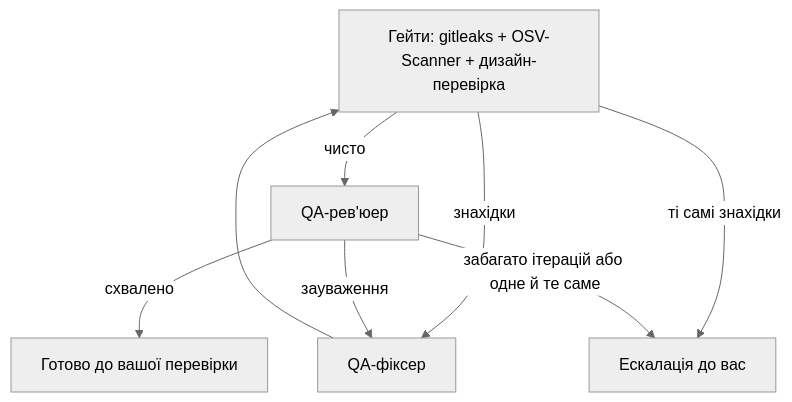
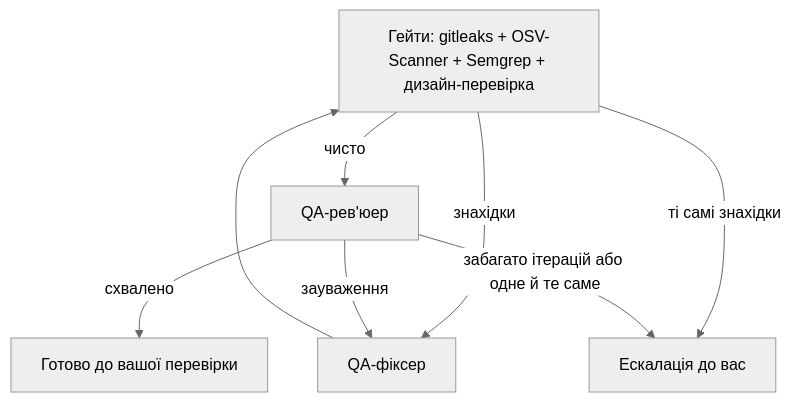
The diagram in apps/desktop/src/renderer/docs/uk/03-pipeline.md (KolyaSotnichenko/vibe-teamlead), drawn with Mermaid (neutral theme) before and after one commit. The commit also changed other lines of this file and 24 other files, not shown here.

````diff
--- a/apps/desktop/src/renderer/docs/uk/03-pipeline.md
+++ b/apps/desktop/src/renderer/docs/uk/03-pipeline.md
@@ -30,10 +30,10 @@
 ```mermaid
 flowchart TD
-  G["Гейти: gitleaks + OSV-Scanner + дизайн-перевірка"] -->|"чисто"| R["QA-рев'юер"]
+  G["Гейти: gitleaks + OSV-Scanner + Semgrep + дизайн-перевірка"] -->|"чисто"| R["QA-рев'юер"]
   G -->|"знахідки"| F
   G -->|"ті самі знахідки"| ESC
   R -->|"схвалено"| OK["Готово до вашої перевірки"]
   R -->|"зауваження"| F["QA-фіксер"]
   F --> G
   R -->|"забагато ітерацій або одне й те саме"| ESC["Ескалація до вас"]
 ```
````
